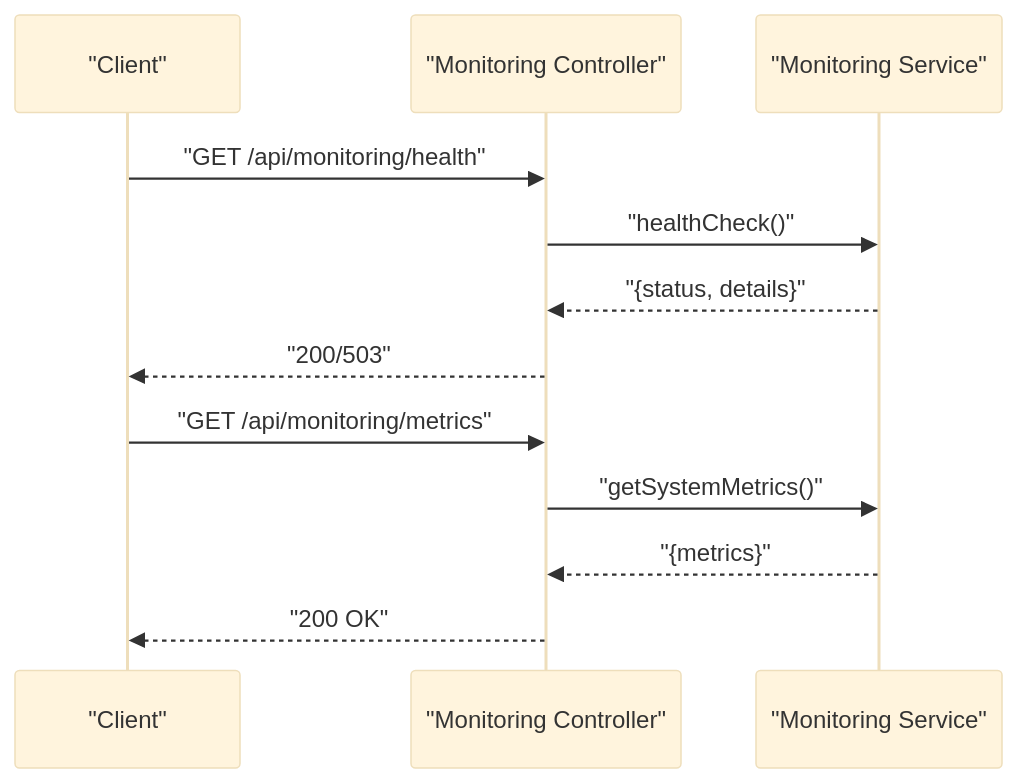
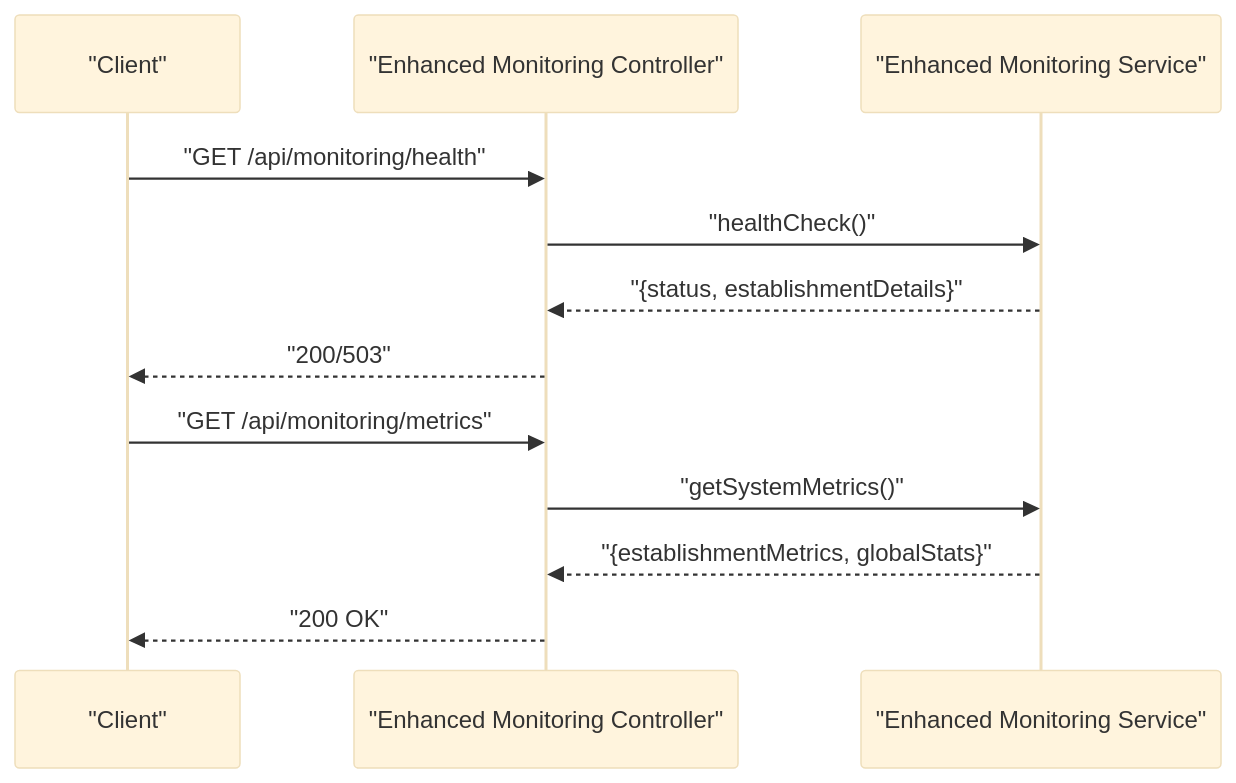
One commit to franckylab/eLISAschool changed the eighth of 9 diagrams in .qoder/repowiki/en/content/Modules & Features/Administrative Modules/Security & Governance/Security & Governance.md. Above: the diagram before and after it, drawn with Mermaid (base theme). The commit also changed other lines of this file and 67 other files, not shown here.

````diff
--- a/.qoder/repowiki/en/content/Modules & Features/Administrative Modules/Security & Governance/Security & Governance.md
+++ b/.qoder/repowiki/en/content/Modules & Features/Administrative Modules/Security & Governance/Security & Governance.md
@@ -385,14 +503,14 @@
 ```mermaid
 sequenceDiagram
 participant C as "Client"
-participant MC as "Monitoring Controller"
-participant MS as "Monitoring Service"
+participant MC as "Enhanced Monitoring Controller"
+participant MS as "Enhanced Monitoring Service"
 C->>MC : "GET /api/monitoring/health"
 MC->>MS : "healthCheck()"
-MS-->>MC : "{status, details}"
+MS-->>MC : "{status, establishmentDetails}"
 MC-->>C : "200/503"
 C->>MC : "GET /api/monitoring/metrics"
 MC->>MS : "getSystemMetrics()"
-MS-->>MC : "{metrics}"
+MS-->>MC : "{establishmentMetrics, globalStats}"
 MC-->>C : "200 OK"
 ```
````
